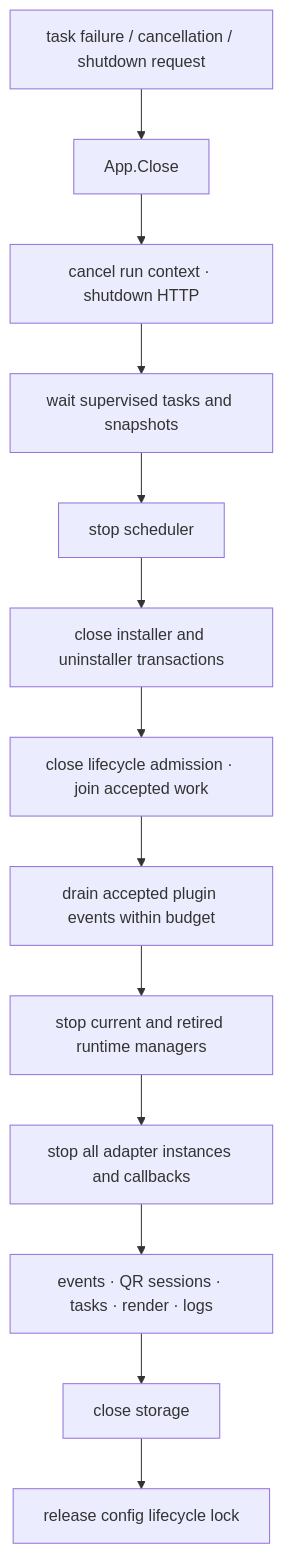
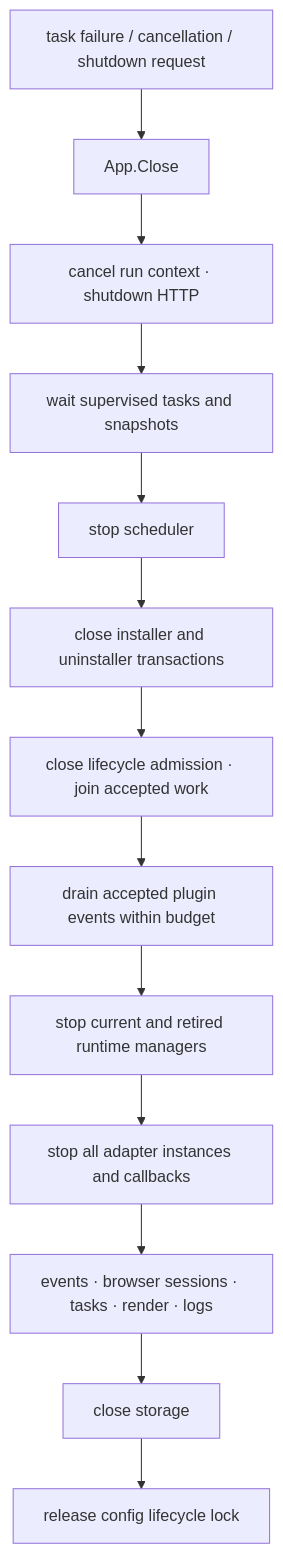
Before and after one commit to RayleaBot/RayleaBot: the second of 2 diagrams in docs/architecture/server-lifecycle.md, drawn with Mermaid. The commit also changed 26 other files, not shown here.

````diff
--- a/docs/architecture/server-lifecycle.md
+++ b/docs/architecture/server-lifecycle.md
@@ -41,15 +41,15 @@
 ```mermaid
 flowchart TD
   signal["task failure / cancellation / shutdown request"] --> close["App.Close"]
   close --> http["cancel run context · shutdown HTTP"]
   http --> workers["wait supervised tasks and snapshots"]
   workers --> scheduler["stop scheduler"]
   scheduler --> mutations["close installer and uninstaller transactions"]
   mutations --> lifecycle["close lifecycle admission · join accepted work"]
   lifecycle --> drain["drain accepted plugin events within budget"]
   drain --> plugins["stop current and retired runtime managers"]
   plugins --> adapter["stop all adapter instances and callbacks"]
-  adapter --> services["events · QR sessions · tasks · render · logs"]
+  adapter --> services["events · browser sessions · tasks · render · logs"]
   services --> storage["close storage"]
   storage --> lock["release config lifecycle lock"]
 ```
````
